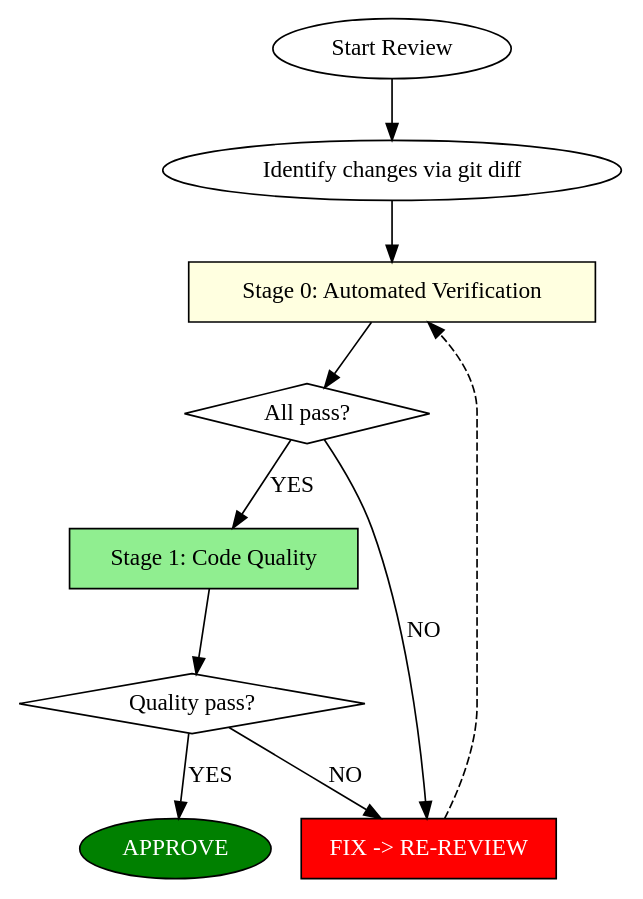
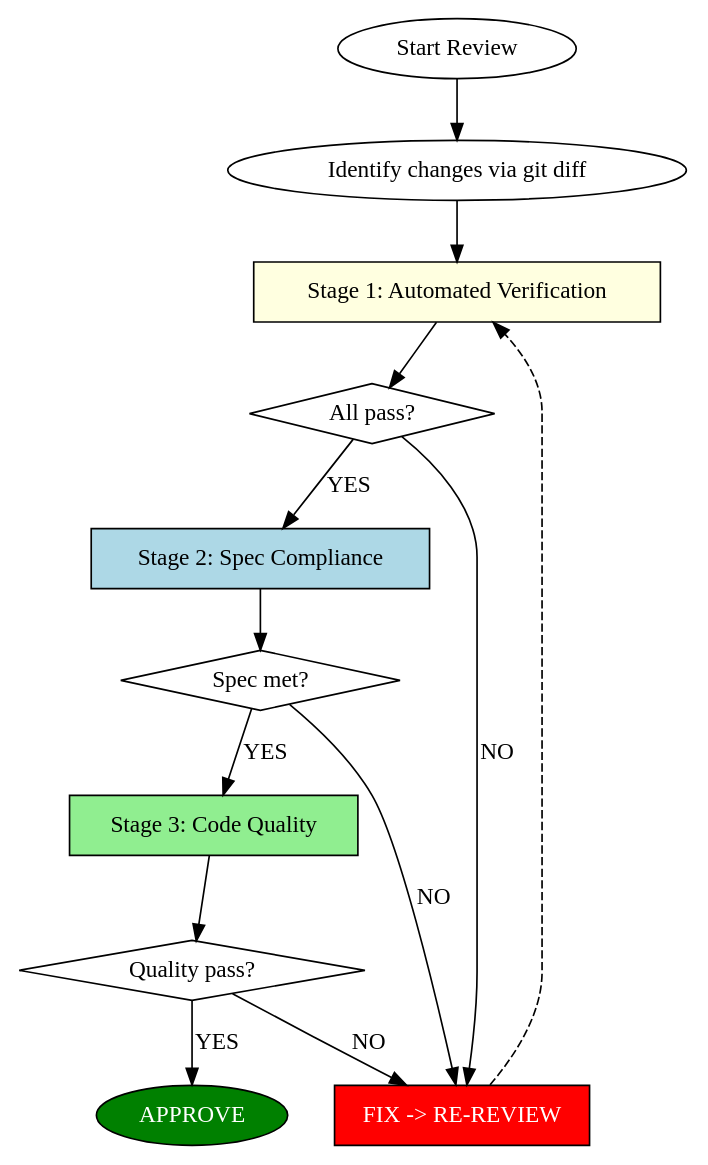
The diagram in skills/argus/SKILL.md (toongri/oh-my-toong-playground), drawn with Graphviz before and after one commit. The commit also changed other lines of this file and 2 other files, not shown here.

First line of the commit message:
feat: argus에 Spec Compliance 검증 Stage 추가

````diff
--- a/skills/argus/SKILL.md
+++ b/skills/argus/SKILL.md
@@ -24,22 +24,27 @@
 ```dot
 digraph review_stages {
     rankdir=TB;
 
     start [label="Start Review" shape=ellipse];
     diff [label="Identify changes via git diff"];
-    stage0 [label="Stage 0: Automated Verification" shape=box style=filled fillcolor=lightyellow];
+    stage1 [label="Stage 1: Automated Verification" shape=box style=filled fillcolor=lightyellow];
     verify_pass [label="All pass?" shape=diamond];
-    stage1 [label="Stage 1: Code Quality" shape=box style=filled fillcolor=lightgreen];
+    stage2 [label="Stage 2: Spec Compliance" shape=box style=filled fillcolor=lightblue];
+    spec_pass [label="Spec met?" shape=diamond];
+    stage3 [label="Stage 3: Code Quality" shape=box style=filled fillcolor=lightgreen];
     quality_pass [label="Quality pass?" shape=diamond];
     approve [label="APPROVE" shape=ellipse style=filled fillcolor=green fontcolor=white];
     fix [label="FIX -> RE-REVIEW" shape=box style=filled fillcolor=red fontcolor=white];
 
-    start -> diff -> stage0 -> verify_pass;
+    start -> diff -> stage1 -> verify_pass;
     verify_pass -> fix [label="NO"];
-    verify_pass -> stage1 [label="YES"];
-    fix -> stage0 [style=dashed];
-    stage1 -> quality_pass;
+    verify_pass -> stage2 [label="YES"];
+    fix -> stage1 [style=dashed];
+    stage2 -> spec_pass;
+    spec_pass -> fix [label="NO"];
+    spec_pass -> stage3 [label="YES"];
+    stage3 -> quality_pass;
     quality_pass -> fix [label="NO"];
     quality_pass -> approve [label="YES"];
 }
 ```
````
